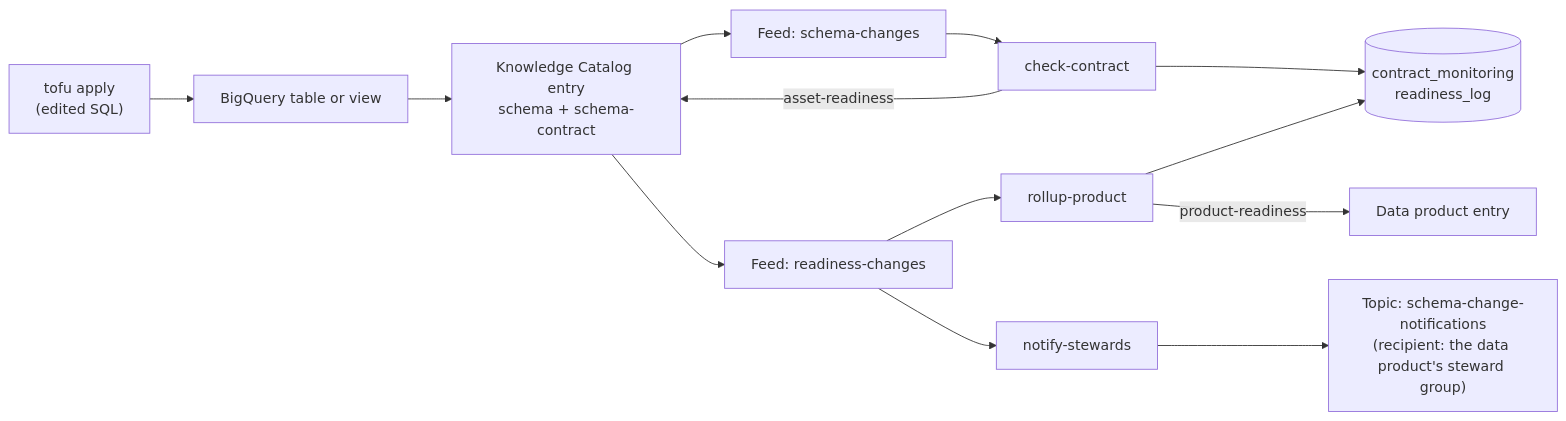
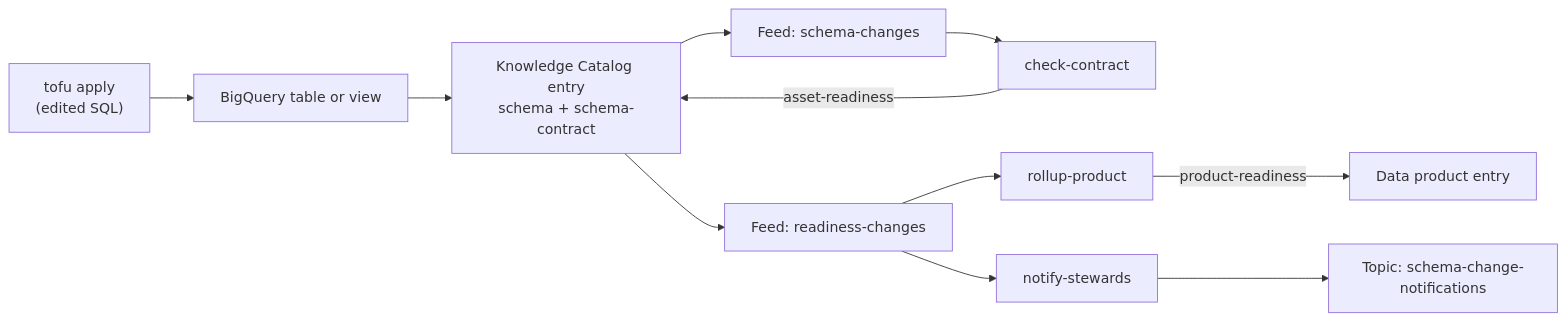
The diagram in README.md (gCloud-Tech-Showcase/datacloud-metadata-feed), drawn with Mermaid before and after one commit. The commit also changed other lines of this file and 9 other files, not shown here.

````diff
--- a/README.md
+++ b/README.md
@@ -11,15 +16,13 @@
 ```mermaid
 flowchart LR
     TF["tofu apply<br/>(edited SQL)"] --> BQ["BigQuery table or view"]
     BQ --> KC["Knowledge Catalog entry<br/>schema + schema-contract"]
     KC --> F1["Feed: schema-changes"]
     F1 --> CC["check-contract"]
     CC -->|"asset-readiness"| KC
     KC --> F2["Feed: readiness-changes"]
     F2 --> RP["rollup-product"]
     RP -->|"product-readiness"| DP["Data product entry"]
     F2 --> NS["notify-stewards"]
-    NS --> NT["Topic: schema-change-notifications<br/>(recipient: the data product's steward group)"]
-    CC --> LOG[("contract_monitoring<br/>readiness_log")]
-    RP --> LOG
+    NS --> NT["Topic: schema-change-notifications"]
 ```
````
